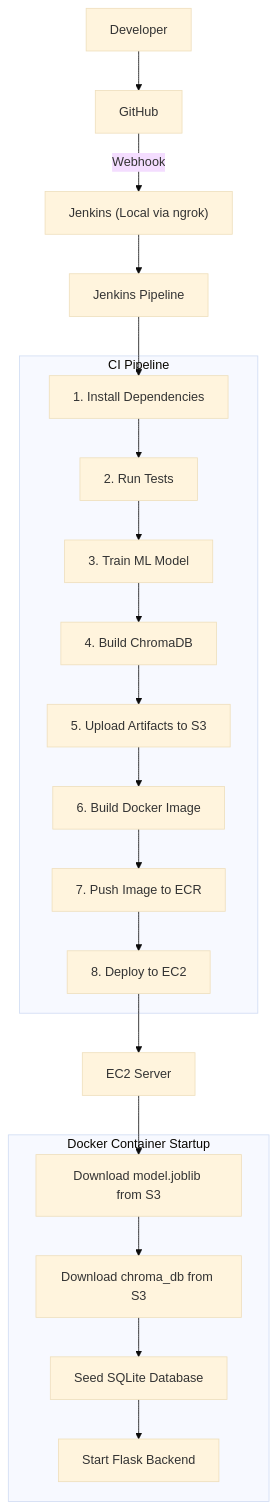
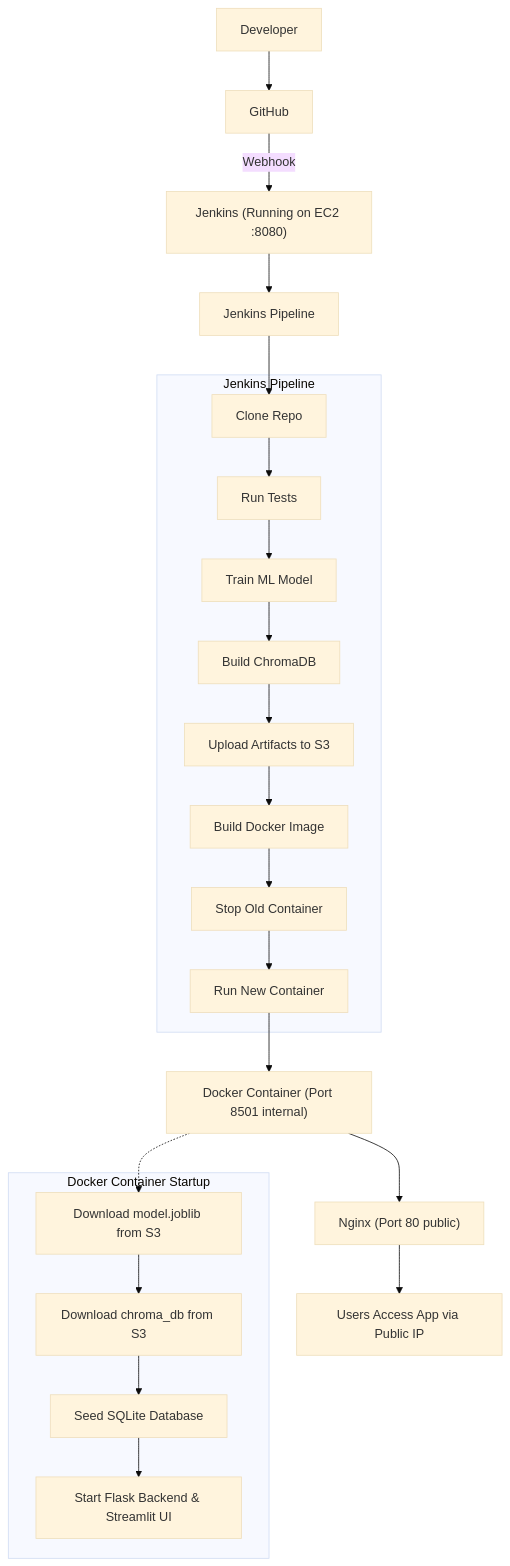
One commit to prakash-saini69/intelligent-hotel-retention-agent changed the diagram in README.md. Above: the diagram before and after it, drawn with Mermaid (base theme). The commit also changed other lines of this file and 2 other files, not shown here.

Commit message:
feat: Deploy application directly on the Jenkins EC2 instance using Docker and configure Nginx as a reverse proxy.

````diff
--- a/README.md
+++ b/README.md
@@ -110,36 +111,38 @@
 ```mermaid
 flowchart TD
 
     A[Developer] --> B[GitHub]
-    B -->|Webhook| C["Jenkins (Local via ngrok)"]
+    B -->|Webhook| C["Jenkins (Running on EC2 :8080)"]
 
     C --> D[Jenkins Pipeline]
 
-    subgraph PIPELINE [CI Pipeline]
-        D1[1. Install Dependencies]
-        D2[2. Run Tests]
-        D3[3. Train ML Model]
-        D4[4. Build ChromaDB]
-        D5[5. Upload Artifacts to S3]
-        D6[6. Build Docker Image]
-        D7[7. Push Image to ECR]
-        D8[8. Deploy to EC2]
+    subgraph PIPELINE [Jenkins Pipeline]
+        D1[Clone Repo]
+        D2[Run Tests]
+        D3[Train ML Model]
+        D4[Build ChromaDB]
+        D5[Upload Artifacts to S3]
+        D6[Build Docker Image]
+        D7[Stop Old Container]
+        D8[Run New Container]
 
         D1 --> D2 --> D3 --> D4 --> D5 --> D6 --> D7 --> D8
     end
 
     D --> D1
 
-    D8 --> E[EC2 Server]
+    D8 --> E["Docker Container (Port 8501 internal)"]
+    E --> F["Nginx (Port 80 public)"]
+    F --> G["Users Access App via Public IP"]
 
     subgraph STARTUP [Docker Container Startup]
         S1[Download model.joblib from S3]
         S2[Download chroma_db from S3]
         S3[Seed SQLite Database]
-        S4[Start Flask Backend]
+        S4[Start Flask Backend & Streamlit UI]
 
         S1 --> S2 --> S3 --> S4
     end
 
-    E --> S1
+    E -.-> S1
 ```
````
